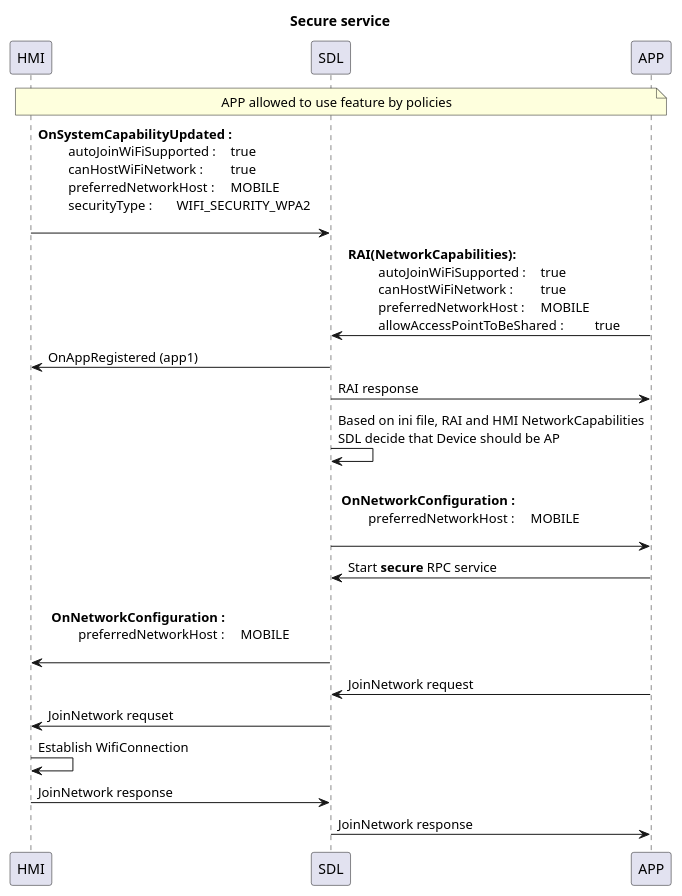
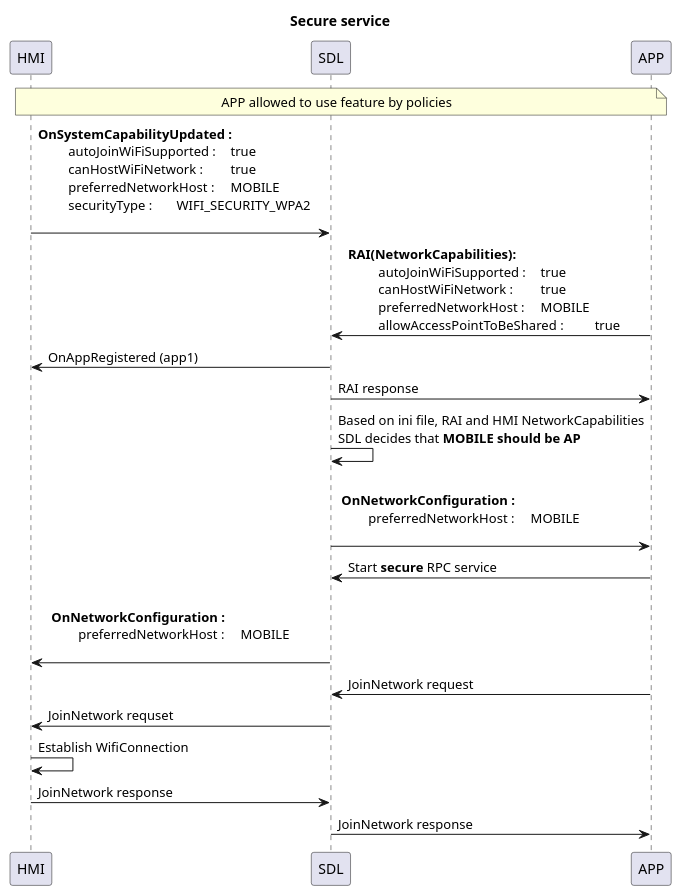
Before and after one commit to smartdevicelink/sdl_evolution: the diagram in assets/proposals/0245-sharing-wifi-ssid-and-password/secure_service.puml, drawn with PlantUML. The commit also changed 8 other files, not shown here.

```diff
--- a/assets/proposals/0245-sharing-wifi-ssid-and-password/secure_service.puml
+++ b/assets/proposals/0245-sharing-wifi-ssid-and-password/secure_service.puml
@@ -1,48 +1,48 @@
 @startuml
 !pragma teoz true
 
 title Secure service
 
 participant HMI
 participant SDL
 participant APP
 
 note over HMI, APP: APP allowed to use feature by policies
 
 
 HMI -> SDL : <b>OnSystemCapabilityUpdated : \n\
 \t autoJoinWiFiSupported : \t true \n\
 \t canHostWiFiNetwork : \t true \n\
 \t preferredNetworkHost : \t MOBILE \n\
 \t securityType : \t WIFI_SECURITY_WPA2 \n\
 
 APP -> SDL : <b>RAI(NetworkCapabilities): \n\
 \t autoJoinWiFiSupported : \t true \n\
 \t canHostWiFiNetwork : \t true \n\
 \t preferredNetworkHost : \t MOBILE \n\
 \t allowAccessPointToBeShared : \t true
 
 SDL -> HMI : OnAppRegistered (app1)
 SDL -> APP : RAI response 
 
 SDL -> SDL : Based on ini file, RAI and HMI NetworkCapabilities\n\
-SDL decide that Device should be AP
+SDL decides that **MOBILE should be AP**
 
 SDL -> APP:  \n <b>OnNetworkConfiguration : \n\
 \t preferredNetworkHost : \t MOBILE \n\
 
 APP -> SDL : Start **secure** RPC service
 
 
 SDL -> HMI:  \n <b>OnNetworkConfiguration : \n\
 \t preferredNetworkHost : \t MOBILE \n\
 
 
 APP -> SDL : JoinNetwork request
 SDL -> HMI : JoinNetwork requset
 HMI -> HMI : Establish WifiConnection
 HMI -> SDL : JoinNetwork response
 SDL -> APP : JoinNetwork response
 
 
 @enduml
```
